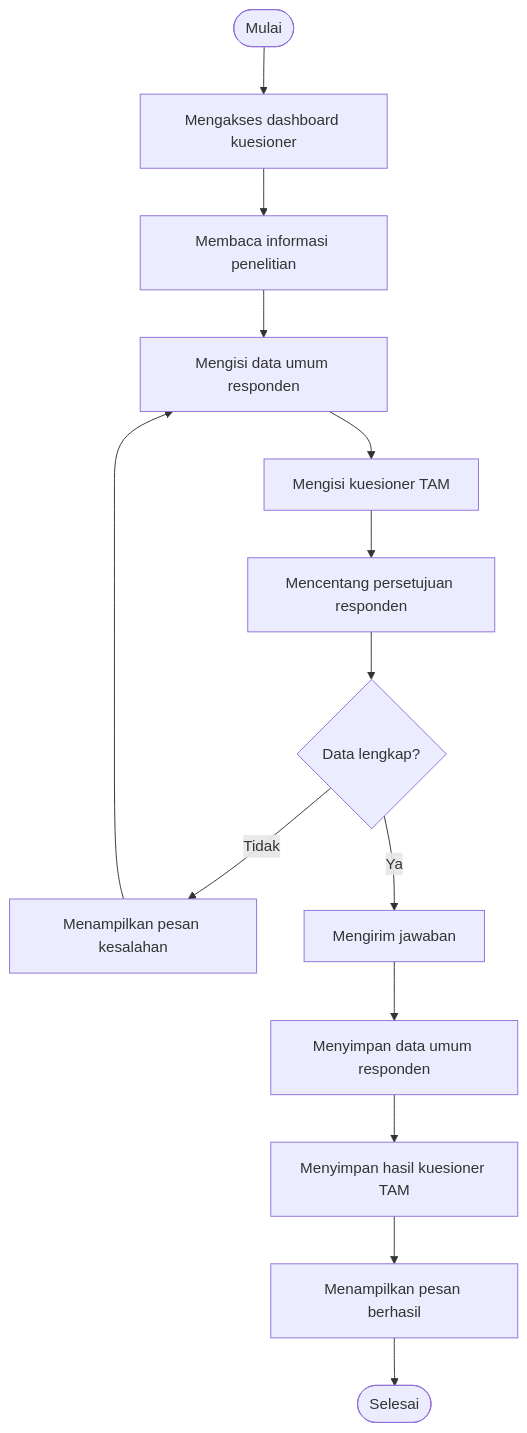
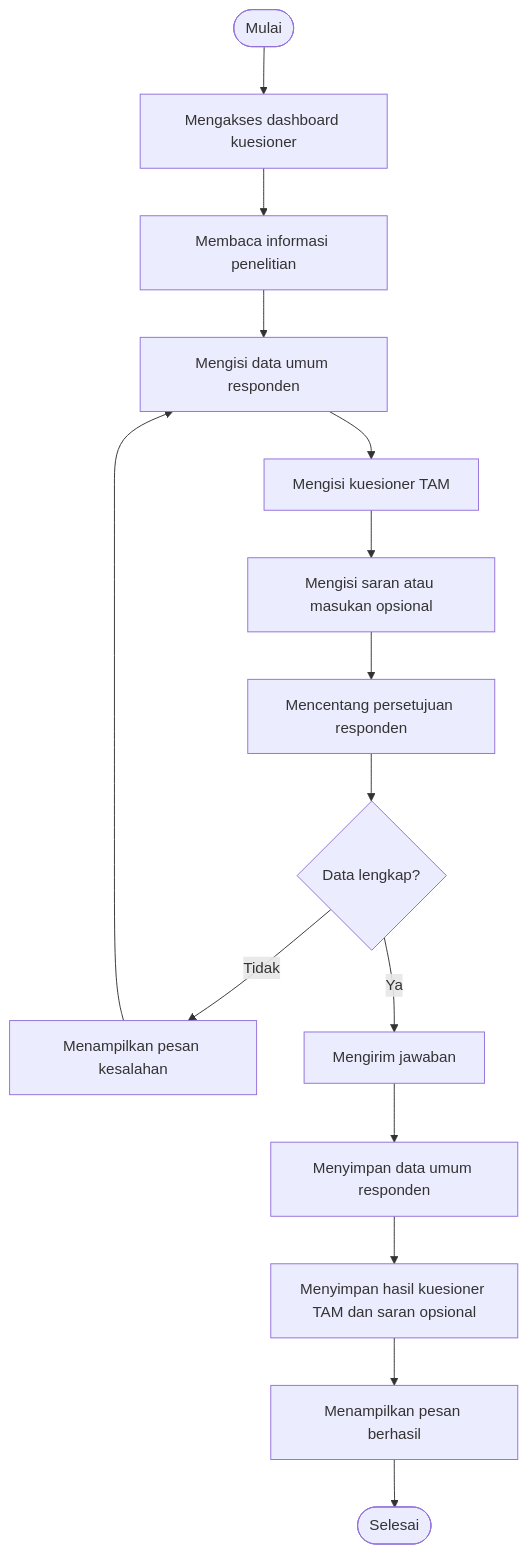
Before and after one commit to Gin-Gone26/dashboard-evaluasi-bebeong: the first of 2 diagrams in docs/activity_diagram.md, drawn with Mermaid. The commit also changed other lines of this file and 15 other files, not shown here.

Commit message:
Menambahkan saran opsional dan membuat jabatan opsional

````diff
--- a/docs/activity_diagram.md
+++ b/docs/activity_diagram.md
@@ -5,18 +5,19 @@
 ```mermaid
 flowchart TD
     A([Mulai]) --> B[Mengakses dashboard kuesioner]
     B --> C[Membaca informasi penelitian]
     C --> D[Mengisi data umum responden]
     D --> E[Mengisi kuesioner TAM]
-    E --> F[Mencentang persetujuan responden]
-    F --> G{Data lengkap?}
+    E --> F[Mengisi saran atau masukan opsional]
+    F --> G[Mencentang persetujuan responden]
+    G --> H{Data lengkap?}
 
-    G -- Tidak --> H[Menampilkan pesan kesalahan]
-    H --> D
+    H -- Tidak --> I[Menampilkan pesan kesalahan]
+    I --> D
 
-    G -- Ya --> I[Mengirim jawaban]
-    I --> J[Menyimpan data umum responden]
-    J --> K[Menyimpan hasil kuesioner TAM]
-    K --> L[Menampilkan pesan berhasil]
-    L --> M([Selesai])
+    H -- Ya --> J[Mengirim jawaban]
+    J --> K[Menyimpan data umum responden]
+    K --> L[Menyimpan hasil kuesioner TAM dan saran opsional]
+    L --> M[Menampilkan pesan berhasil]
+    M --> N([Selesai])
 ```
````
